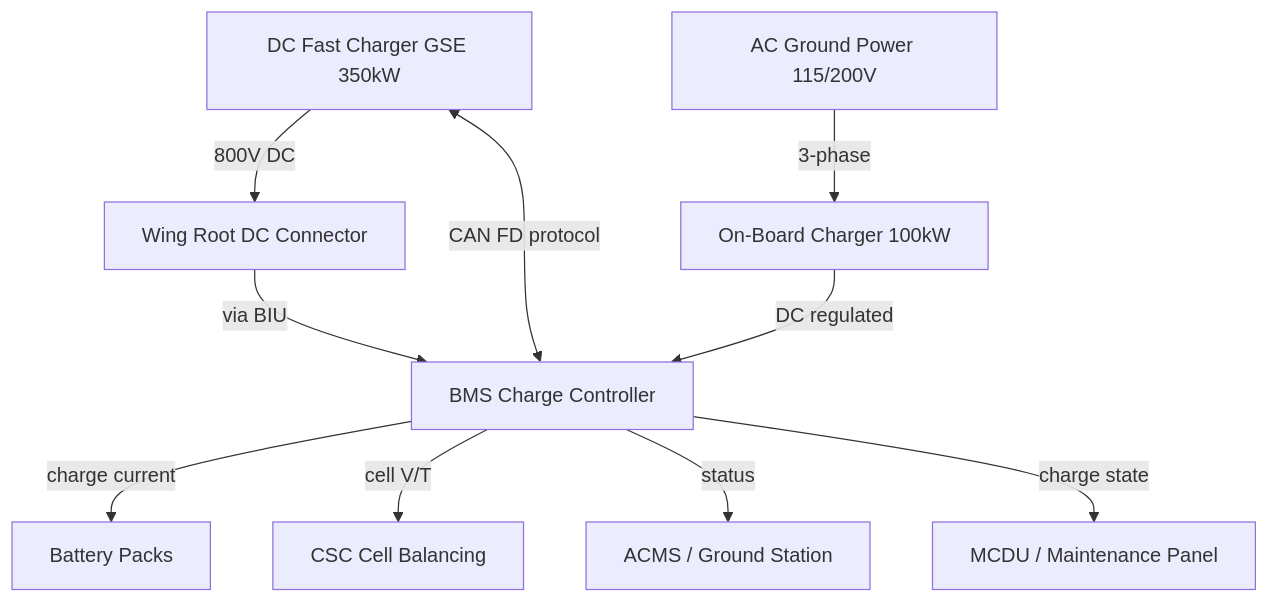
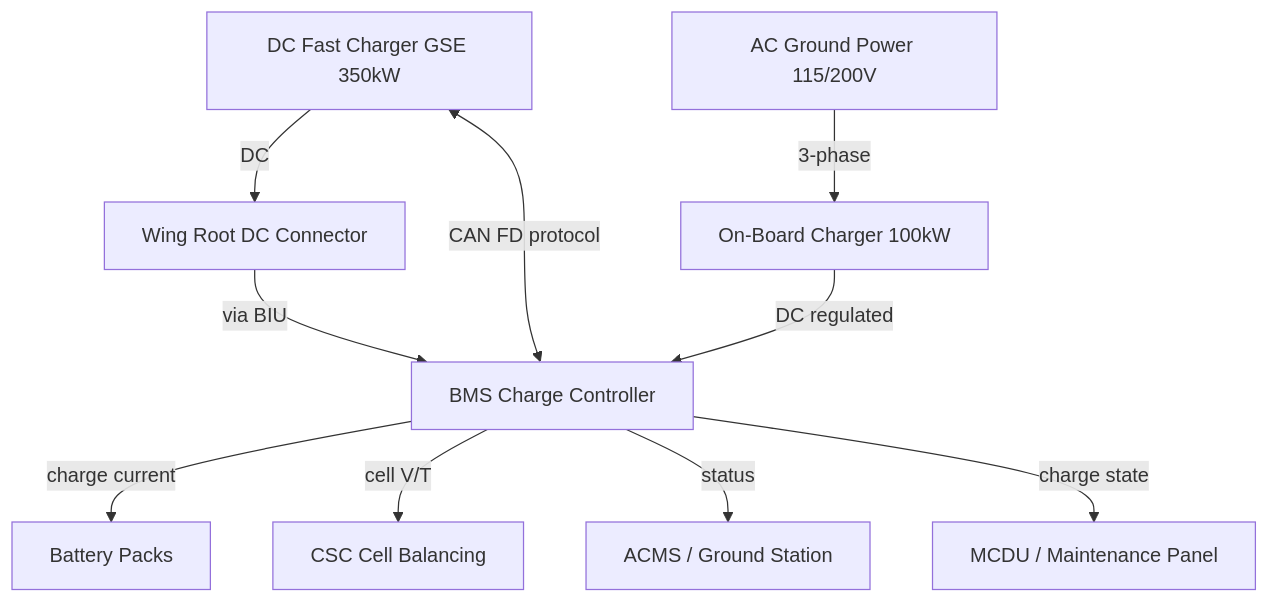
The first of 2 diagrams in Q+ATLANTIDE/000-099_ATLAS/070-079_Propulsion-Eco-Tech-e-Hibrido-Electrica/072_Battery-Energy-Storage/072-080-Battery-Charging-and-Ground-Support.md (AmedeoPelliccia/Qplus-For-All-Queer-People-and-Quantum), drawn with Mermaid before and after one commit. The commit also changed other lines of this file and 676 other files, not shown here.

````diff
--- a/Q+ATLANTIDE/000-099_ATLAS/070-079_Propulsion-Eco-Tech-e-Hibrido-Electrica/072_Battery-Energy-Storage/072-080-Battery-Charging-and-Ground-Support.md
+++ b/Q+ATLANTIDE/000-099_ATLAS/070-079_Propulsion-Eco-Tech-e-Hibrido-Electrica/072_Battery-Energy-Storage/072-080-Battery-Charging-and-Ground-Support.md
@@ -65,12 +75,12 @@
 ```mermaid
 graph TD
-    GSE_DC[DC Fast Charger GSE 350kW] -->|800V DC| DC_PORT[Wing Root DC Connector]
+    GSE_DC[DC Fast Charger GSE 350kW] -->|<NOMINAL-VOLTAGE> DC| DC_PORT[Wing Root DC Connector]
     DC_PORT -->|via BIU| BMS_CHG[BMS Charge Controller]
     AC_GND[AC Ground Power 115/200V] -->|3-phase| OBC[On-Board Charger 100kW]
     OBC -->|DC regulated| BMS_CHG
     BMS_CHG -->|charge current| PACK[Battery Packs]
     BMS_CHG <-->|CAN FD protocol| GSE_DC
     BMS_CHG -->|cell V/T| CSC_BAL[CSC Cell Balancing]
     BMS_CHG -->|status| ACMS[ACMS / Ground Station]
     BMS_CHG -->|charge state| MCDU[MCDU / Maintenance Panel]
 ```
````
